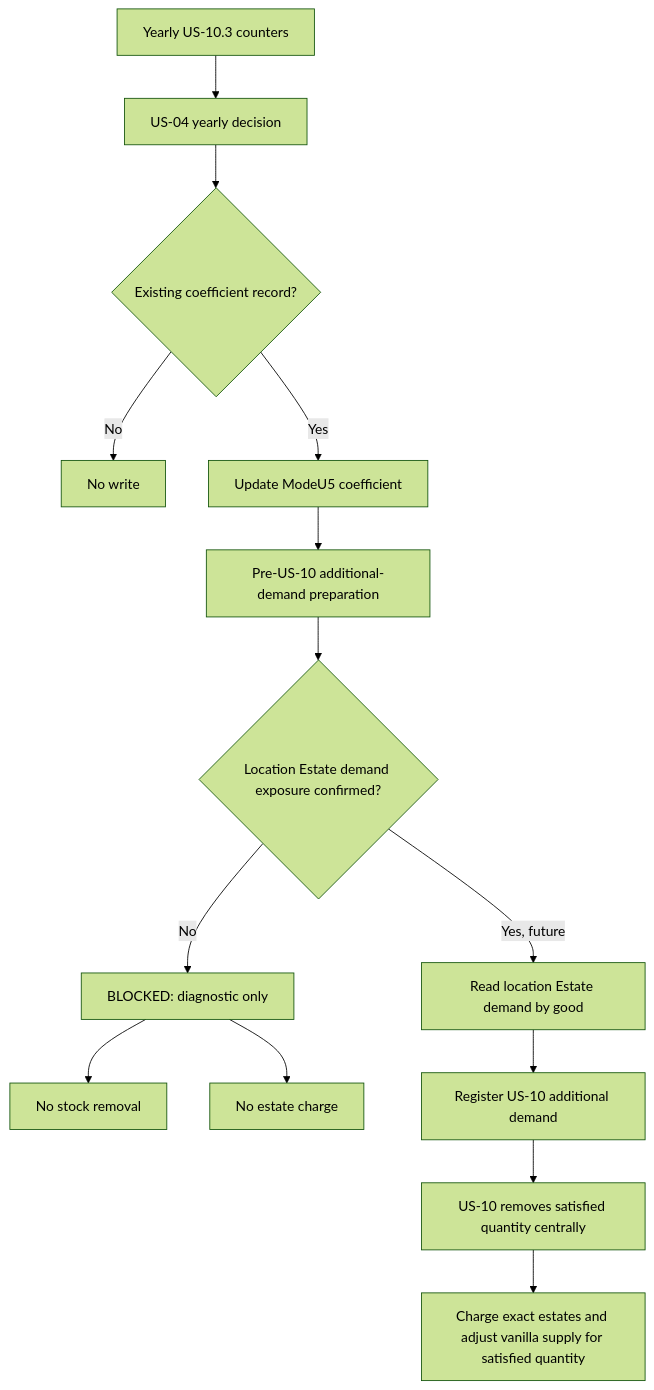
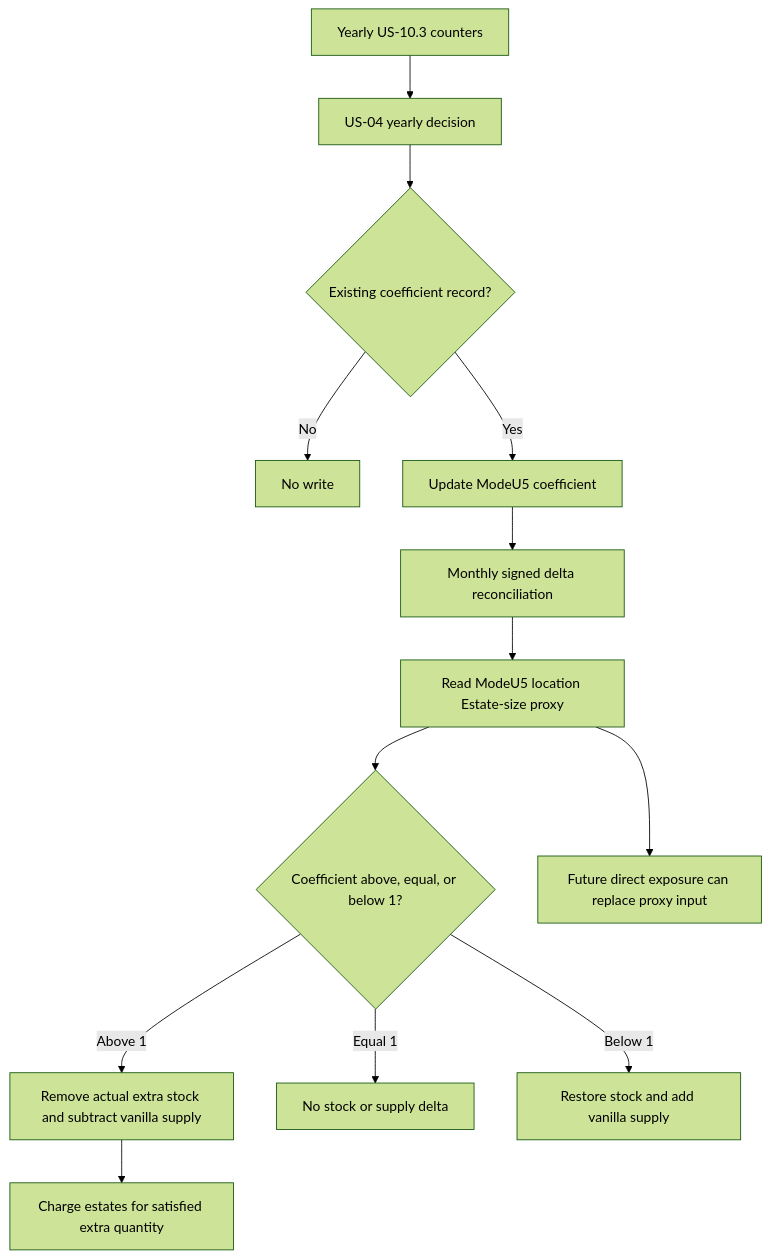
The diagram in docs/audits/pr69/Q5_flux_logique_global.v3.md (eu5mod/eu5-no-void-economy), drawn with Mermaid (forest theme) before and after one commit. The commit also changed other lines of this file and 10 other files, not shown here.

Commit message:
US-04: handle below-baseline consumption delta

````diff
--- a/docs/audits/pr69/Q5_flux_logique_global.v3.md
+++ b/docs/audits/pr69/Q5_flux_logique_global.v3.md
@@ -240,16 +271,15 @@
 ```mermaid
 flowchart TD
     A[Yearly US-10.3 counters] --> B[US-04 yearly decision]
     B --> C{Existing coefficient record?}
     C -->|No| D[No write]
     C -->|Yes| E[Update ModeU5 coefficient]
-    E --> F[Pre-US-10 additional-demand preparation]
-    F --> G{Location Estate demand exposure confirmed?}
-    G -->|No| H[BLOCKED: diagnostic only]
-    H --> I[No stock removal]
-    H --> J[No estate charge]
-    G -->|Yes, future| K[Read location Estate demand by good]
-    K --> L[Register US-10 additional demand]
-    L --> M[US-10 removes satisfied quantity centrally]
-    M --> N[Charge exact estates and adjust vanilla supply for satisfied quantity]
+    E --> F[Monthly signed delta reconciliation]
+    F --> G[Read ModeU5 location Estate-size proxy]
+    G --> H{Coefficient above, equal, or below 1?}
+    H -->|Above 1| I[Remove actual extra stock and subtract vanilla supply]
+    I --> J[Charge estates for satisfied extra quantity]
+    H -->|Equal 1| K[No stock or supply delta]
+    H -->|Below 1| L[Restore stock and add vanilla supply]
+    G --> M[Future direct exposure can replace proxy input]
 ```
````
